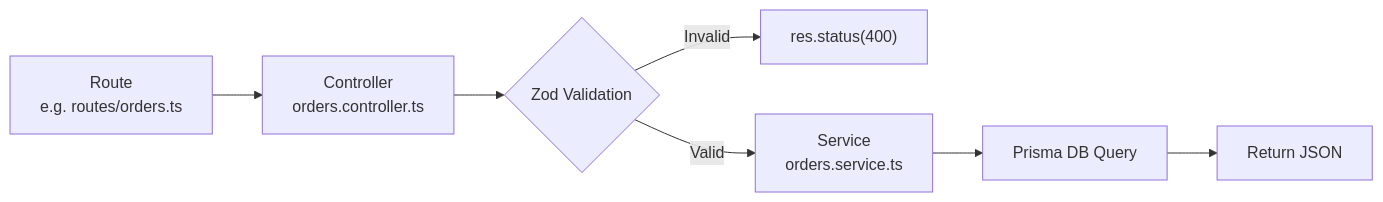
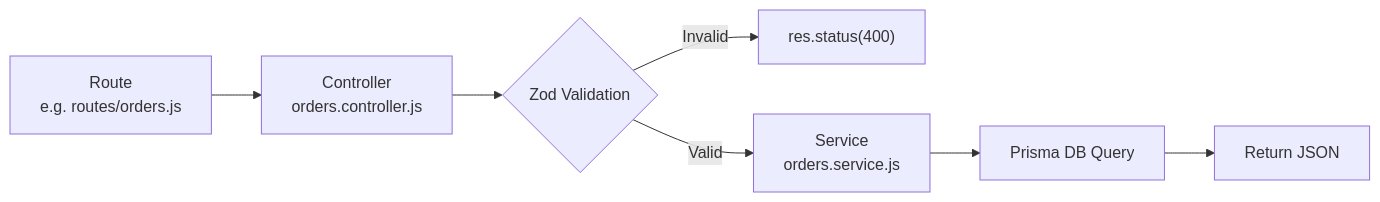
Before and after one commit to ehtisham-hashim/AquaSphere: the sixth of 6 diagrams in context/architecture.md, drawn with Mermaid. The commit also changed other lines of this file and 12 other files, not shown here.

````diff
--- a/context/architecture.md
+++ b/context/architecture.md
@@ -316,9 +316,9 @@
 ```mermaid
 graph LR
-    A[Route<br/>e.g. routes/orders.ts] --> B[Controller<br/>orders.controller.ts]
+    A[Route<br/>e.g. routes/orders.js] --> B[Controller<br/>orders.controller.js]
     B --> C{Zod Validation}
     C -->|Invalid| D["res.status(400)"]
-    C -->|Valid| E[Service<br/>orders.service.ts]
+    C -->|Valid| E[Service<br/>orders.service.js]
     E --> F[Prisma DB Query]
     F --> G[Return JSON]
 ```
````
